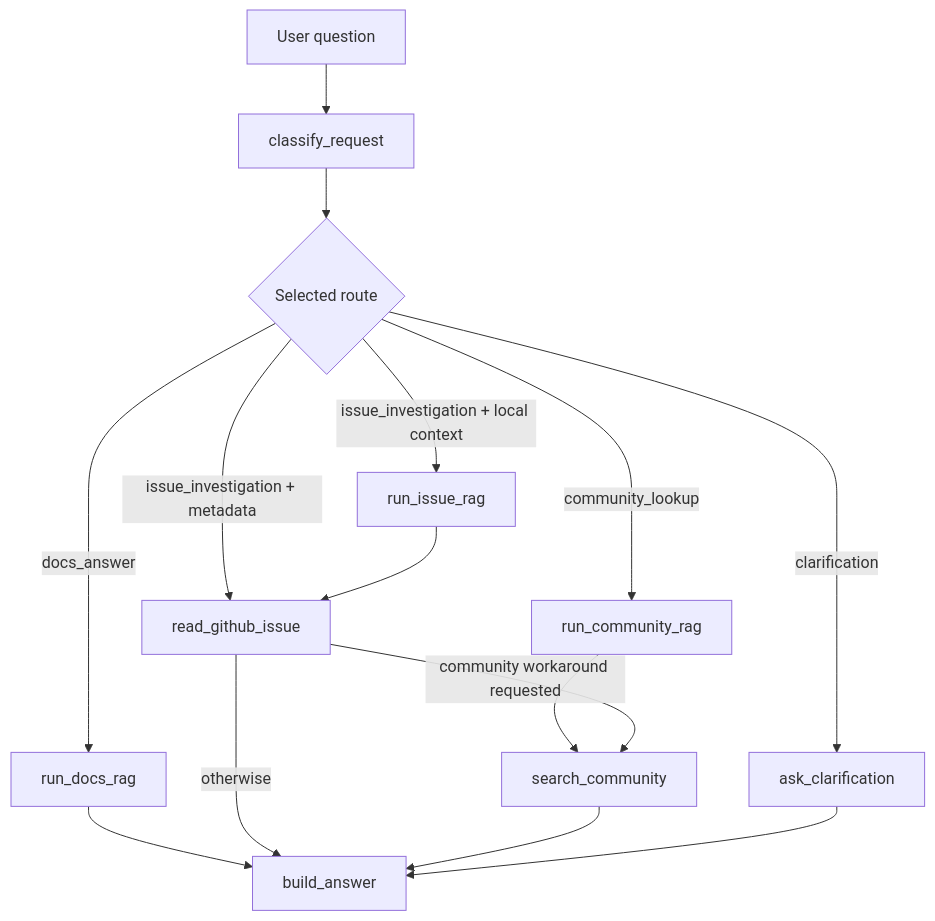
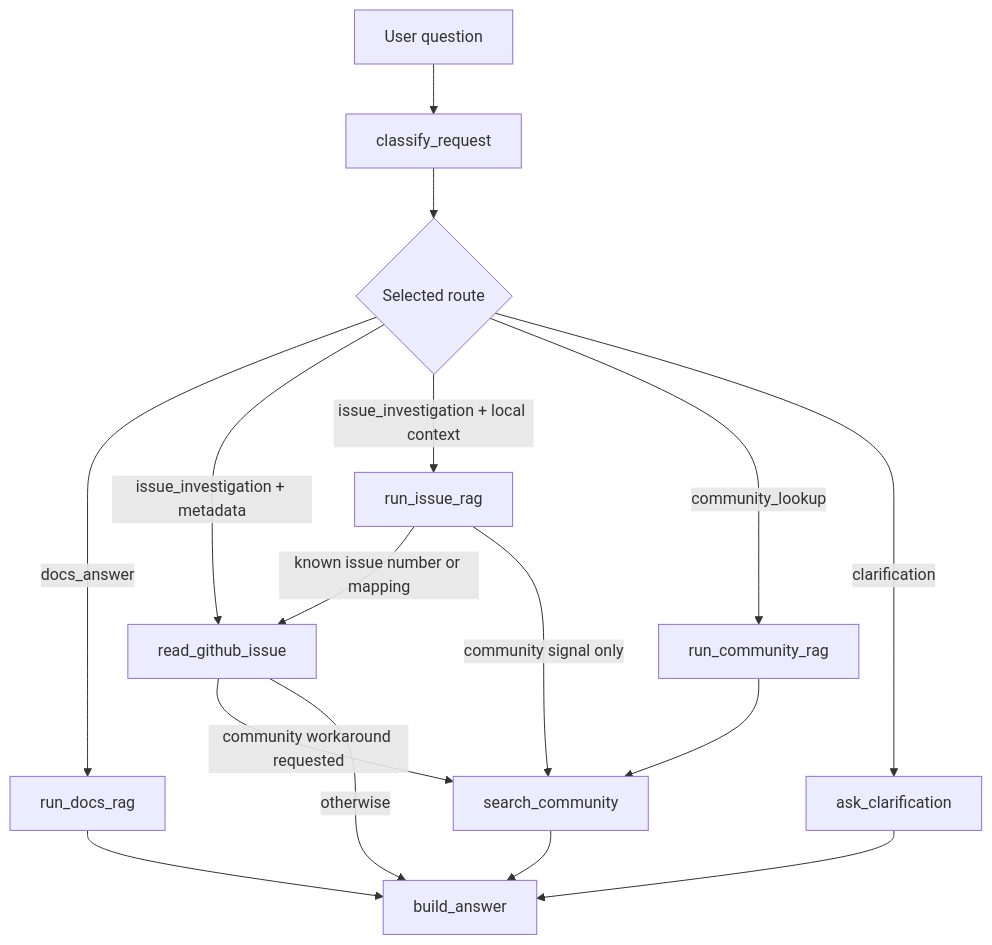
Before and after one commit to Uhbyxer/supp-bro: the diagram in scripts/final/README.md, drawn with Mermaid. The commit also changed other lines of this file, not shown here.

Commit message:
Skip GitHub clarification before community fallback

````diff
--- a/scripts/final/README.md
+++ b/scripts/final/README.md
@@ -70,17 +70,18 @@
 ```mermaid
 flowchart TD
   Q["User question"] --> C["classify_request"]
   C --> D{"Selected route"}
   D -->|docs_answer| DR["run_docs_rag"]
   D -->|issue_investigation + metadata| GH["read_github_issue"]
   D -->|issue_investigation + local context| IR["run_issue_rag"]
   D -->|community_lookup| CR["run_community_rag"]
   D -->|clarification| AQ["ask_clarification"]
-  IR --> GH
+  IR -->|known issue number or mapping| GH
+  IR -->|community signal only| SO
   CR --> SO["search_community"]
   DR --> A["build_answer"]
   GH -->|community workaround requested| SO
   GH -->|otherwise| A
   SO --> A
   AQ --> A
 ```
````
